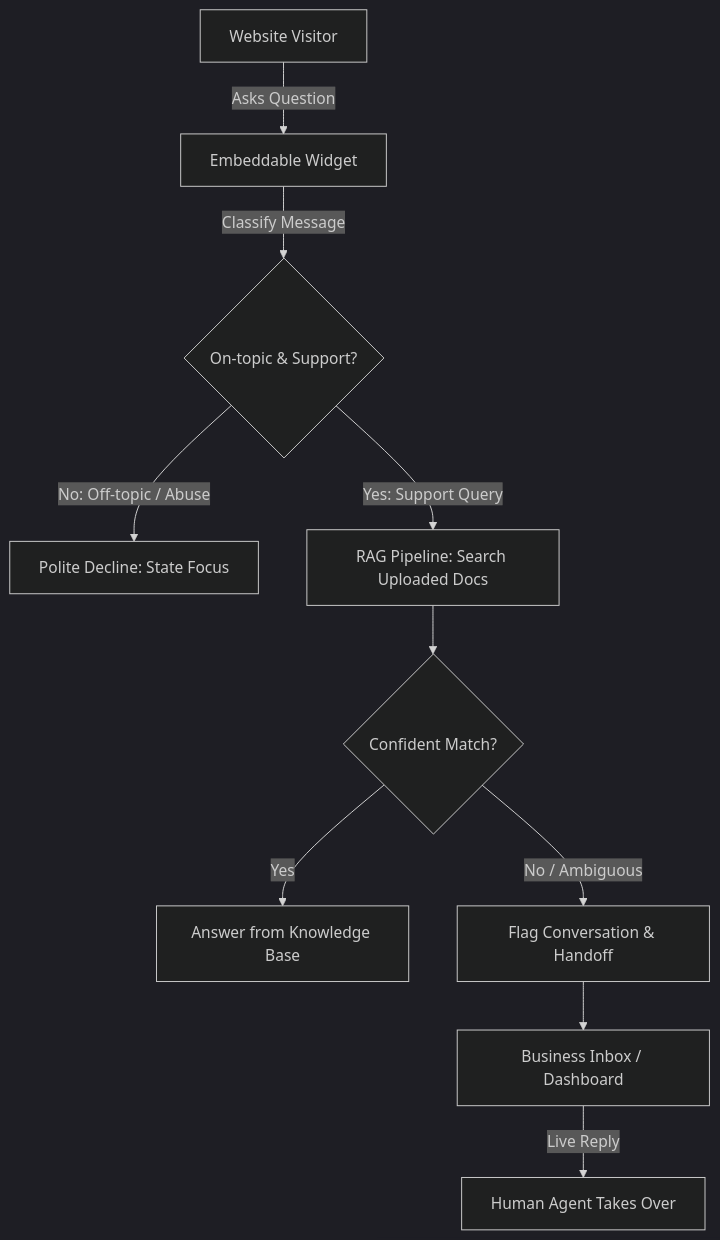
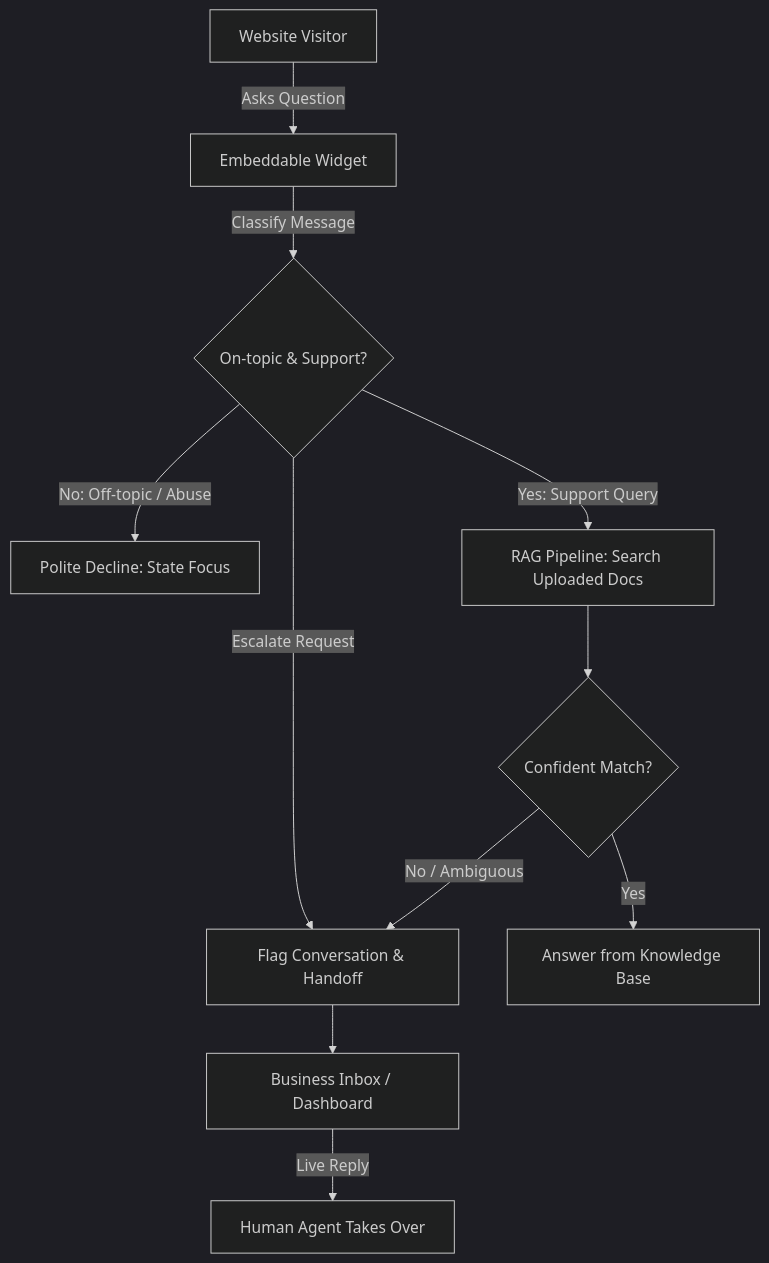
Before and after one commit to TheGauravsahu/gauravdesk: the diagram in PRD.md, drawn with Mermaid (dark theme). The commit also changed other lines of this file and 30 other files, not shown here.

````diff
--- a/PRD.md
+++ b/PRD.md
@@ -45,15 +45,16 @@
 ```mermaid
 flowchart TD
     Visitor[Website Visitor] -->|Asks Question| Widget[Embeddable Widget]
     Widget -->|Classify Message| Classifier{On-topic & Support?}
     
     Classifier -->|No: Off-topic / Abuse| PoliteDecline[Polite Decline: State Focus]
     Classifier -->|Yes: Support Query| RAG[RAG Pipeline: Search Uploaded Docs]
     
+    Classifier -->|Escalate Request| Handoff[Flag Conversation & Handoff]
     RAG --> Confidence{Confident Match?}
     Confidence -->|Yes| GroundedAnswer[Answer from Knowledge Base]
-    Confidence -->|No / Ambiguous| Handoff[Flag Conversation & Handoff]
+    Confidence -->|No / Ambiguous| Handoff
     
     Handoff --> Inbox[Business Inbox / Dashboard]
     Inbox -->|Live Reply| HumanAgent[Human Agent Takes Over]
 ```
````
